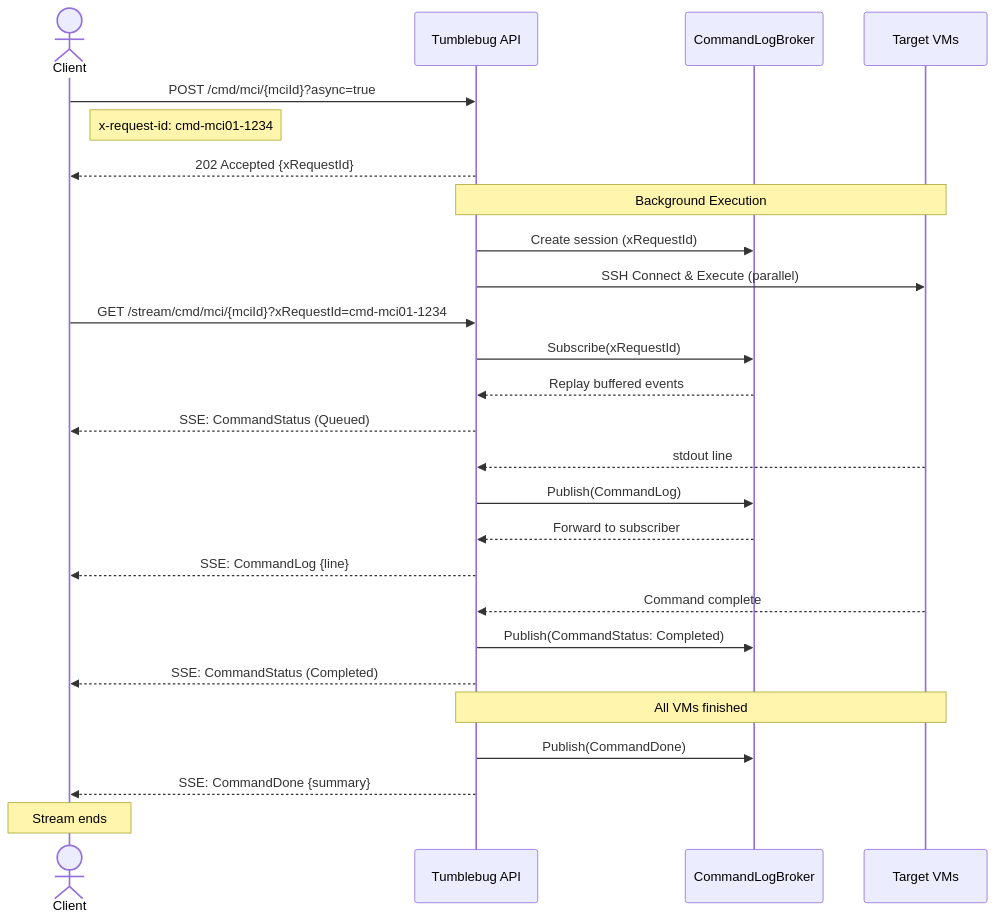
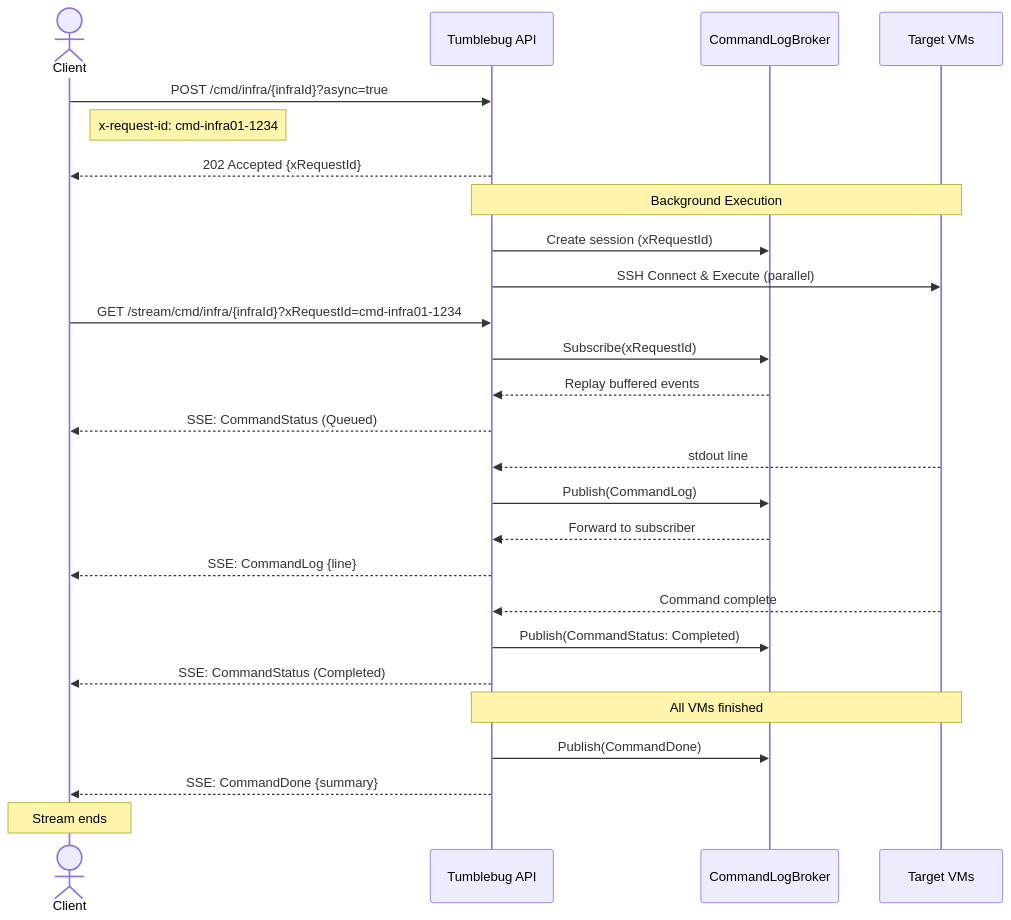
One commit to cloud-barista/cb-tumblebug changed the fifth of 8 diagrams in docs/feature_guide/remote-command-and-file-transfer.md. Above: the diagram before and after it, drawn with Mermaid. The commit also changed other lines of this file and 197 other files, not shown here.

````diff
--- a/docs/feature_guide/remote-command-and-file-transfer.md
+++ b/docs/feature_guide/remote-command-and-file-transfer.md
@@ -233,34 +233,34 @@
 ```mermaid
 sequenceDiagram
     actor Client
     participant API as Tumblebug API
     participant Broker as CommandLogBroker
     participant VMs as Target VMs
     
-    Client->>API: POST /cmd/mci/{mciId}?async=true
-    Note right of Client: x-request-id: cmd-mci01-1234
+    Client->>API: POST /cmd/infra/{infraId}?async=true
+    Note right of Client: x-request-id: cmd-infra01-1234
     API-->>Client: 202 Accepted {xRequestId}
     
     Note over API,VMs: Background Execution
     API->>Broker: Create session (xRequestId)
     API->>VMs: SSH Connect & Execute (parallel)
     
-    Client->>API: GET /stream/cmd/mci/{mciId}?xRequestId=cmd-mci01-1234
+    Client->>API: GET /stream/cmd/infra/{infraId}?xRequestId=cmd-infra01-1234
     API->>Broker: Subscribe(xRequestId)
     Broker-->>API: Replay buffered events
     API-->>Client: SSE: CommandStatus (Queued)
     
     VMs-->>API: stdout line
     API->>Broker: Publish(CommandLog)
     Broker-->>API: Forward to subscriber
     API-->>Client: SSE: CommandLog {line}
     
     VMs-->>API: Command complete
     API->>Broker: Publish(CommandStatus: Completed)
     API-->>Client: SSE: CommandStatus (Completed)
     
     Note over API,VMs: All VMs finished
     API->>Broker: Publish(CommandDone)
     API-->>Client: SSE: CommandDone {summary}
     Note over Client: Stream ends
 ```
````
